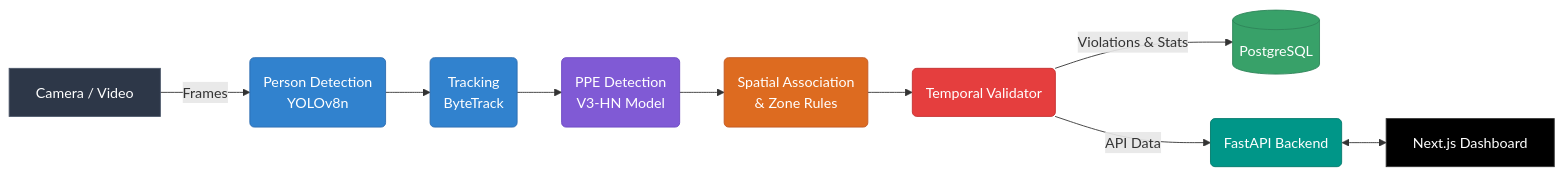
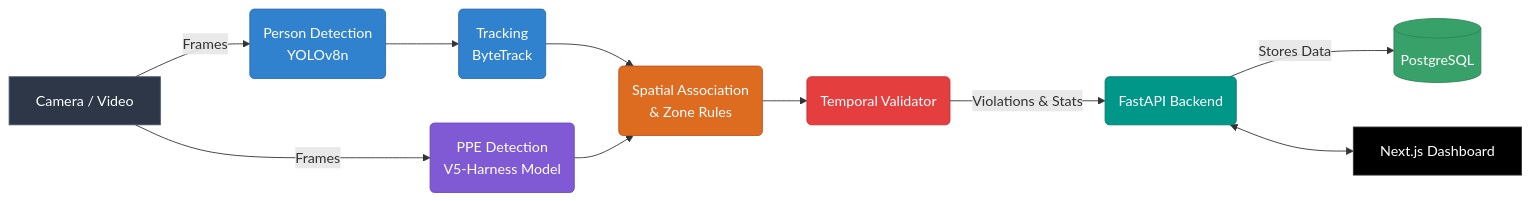
One commit to ShreeHarishG/PEE-Real-Time-Detection changed the diagram in README.md. Above: the diagram before and after it, drawn with Mermaid. The commit also changed other lines of this file, not shown here.

````diff
--- a/README.md
+++ b/README.md
@@ -47,21 +47,22 @@
 ```mermaid
 graph LR
     A[Camera / Video] -->|Frames| B(Person Detection<br>YOLOv8n)
     B --> C(Tracking<br>ByteTrack)
-    C --> D(PPE Detection<br>V3-HN Model)
-    D --> E(Spatial Association<br>& Zone Rules)
+    A -->|Frames| D(PPE Detection<br>V5-Harness Model)
+    C --> E(Spatial Association<br>& Zone Rules)
+    D --> E
     E --> F(Temporal Validator)
-    F -->|Violations & Stats| G[(PostgreSQL)]
-    F -->|API Data| H(FastAPI Backend)
+    F -->|Violations & Stats| H(FastAPI Backend)
+    H -->|Stores Data| G[(PostgreSQL)]
     H <--> I[Next.js Dashboard]
     
     style A fill:#2d3748,stroke:#4a5568,color:#fff
     style B fill:#3182ce,stroke:#2b6cb0,color:#fff
     style C fill:#3182ce,stroke:#2b6cb0,color:#fff
     style D fill:#805ad5,stroke:#6b46c1,color:#fff
     style E fill:#dd6b20,stroke:#c05621,color:#fff
     style F fill:#e53e3e,stroke:#c53030,color:#fff
     style G fill:#38a169,stroke:#2f855a,color:#fff
     style H fill:#009688,stroke:#00796b,color:#fff
     style I fill:#000000,stroke:#333333,color:#fff
 ```
````
